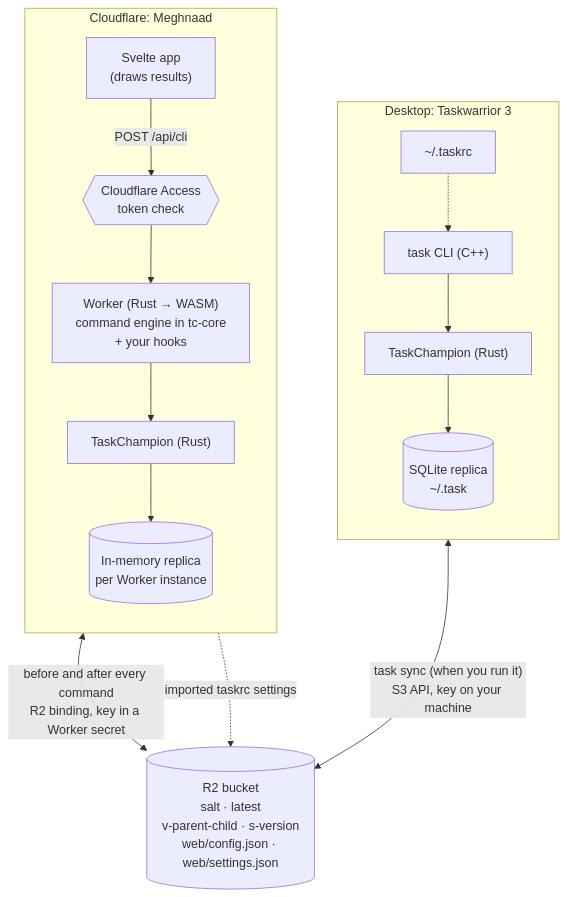
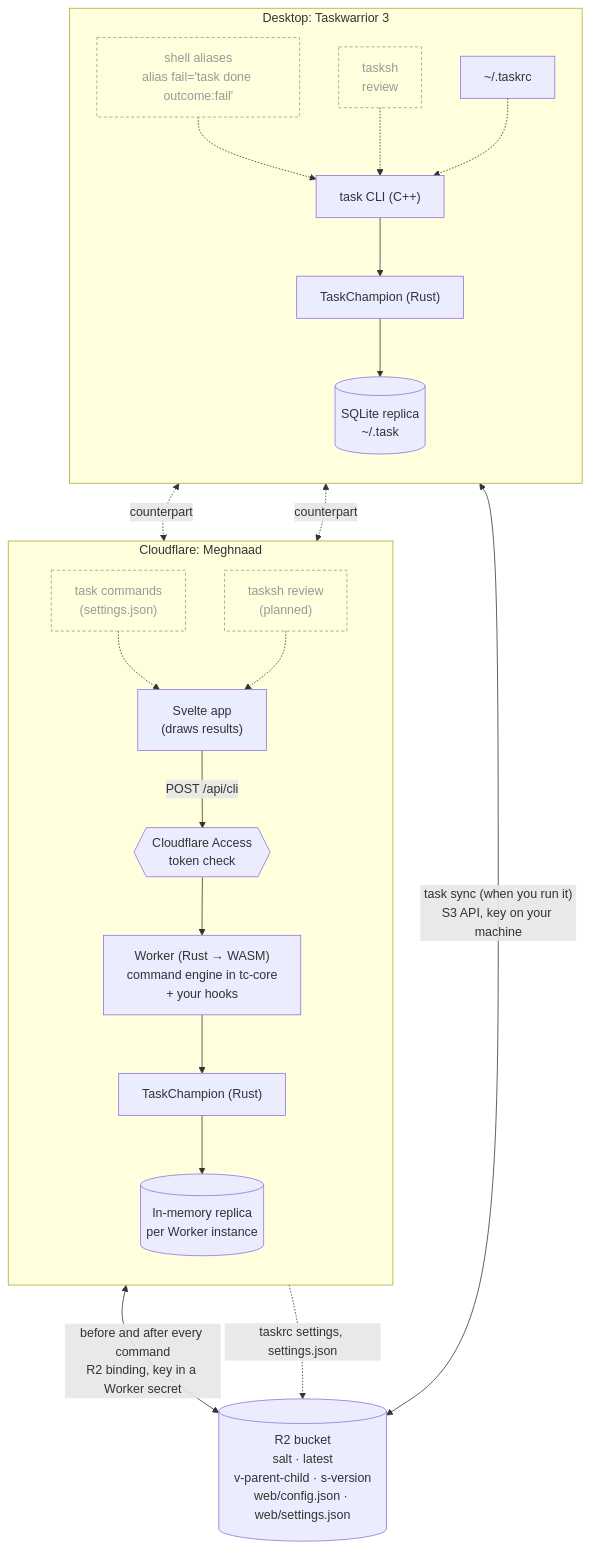
Before and after one commit to uroybd/Meghnaad: the diagram in README.md, drawn with Mermaid. The commit also changed other lines of this file and 19 other files, not shown here.

First line of the commit message:
doc: screenshots of the Settings pages, the architecture diagram, and the settings docs

````diff
--- a/README.md
+++ b/README.md
@@ -79,28 +95,42 @@
 ```mermaid
 flowchart TB
   subgraph desktop["Desktop: Taskwarrior 3"]
     direction TB
+    sh["shell aliases<br/>alias fail='task done outcome:fail'"]
+    tsh["tasksh<br/>review"]
     cli["task CLI (C++)"]
     tcd["TaskChampion (Rust)"]
     db[("SQLite replica<br/>~/.task")]
     rc["~/.taskrc"]
+    sh -.-> cli
+    tsh -.-> cli
     cli --> tcd --> db
     rc -.-> cli
   end
 
   subgraph web["Cloudflare: Meghnaad"]
     direction TB
+    cmds["task commands<br/>(settings.json)"]
+    rev["tasksh review<br/>(planned)"]
     spa["Svelte app<br/>(draws results)"]
     access{{"Cloudflare Access<br/>token check"}}
     wk["Worker (Rust → WASM)<br/>command engine in tc-core<br/>+ your hooks"]
     tcw["TaskChampion (Rust)"]
     mem[("In-memory replica<br/>per Worker instance")]
+    cmds -.-> spa
+    rev -.-> spa
     spa -- "POST /api/cli" --> access --> wk --> tcw --> mem
   end
 
   bucket[("R2 bucket<br/>salt · latest<br/>v-parent-child · s-version<br/>web/config.json · web/settings.json")]
 
   tcd <-- "task sync (when you run it)<br/>S3 API, key on your machine" --> bucket
   tcw <-- "before and after every command<br/>R2 binding, key in a Worker secret" --> bucket
-  wk -. "imported taskrc settings" .-> bucket
+  wk -. "taskrc settings, settings.json" .-> bucket
+
+  sh <-. "counterpart" .-> cmds
+  tsh <-. "counterpart" .-> rev
+
+  classDef ext fill:transparent,stroke:#999,color:#999,stroke-dasharray:4 3
+  class sh,tsh,cmds,rev ext
 ```
````
